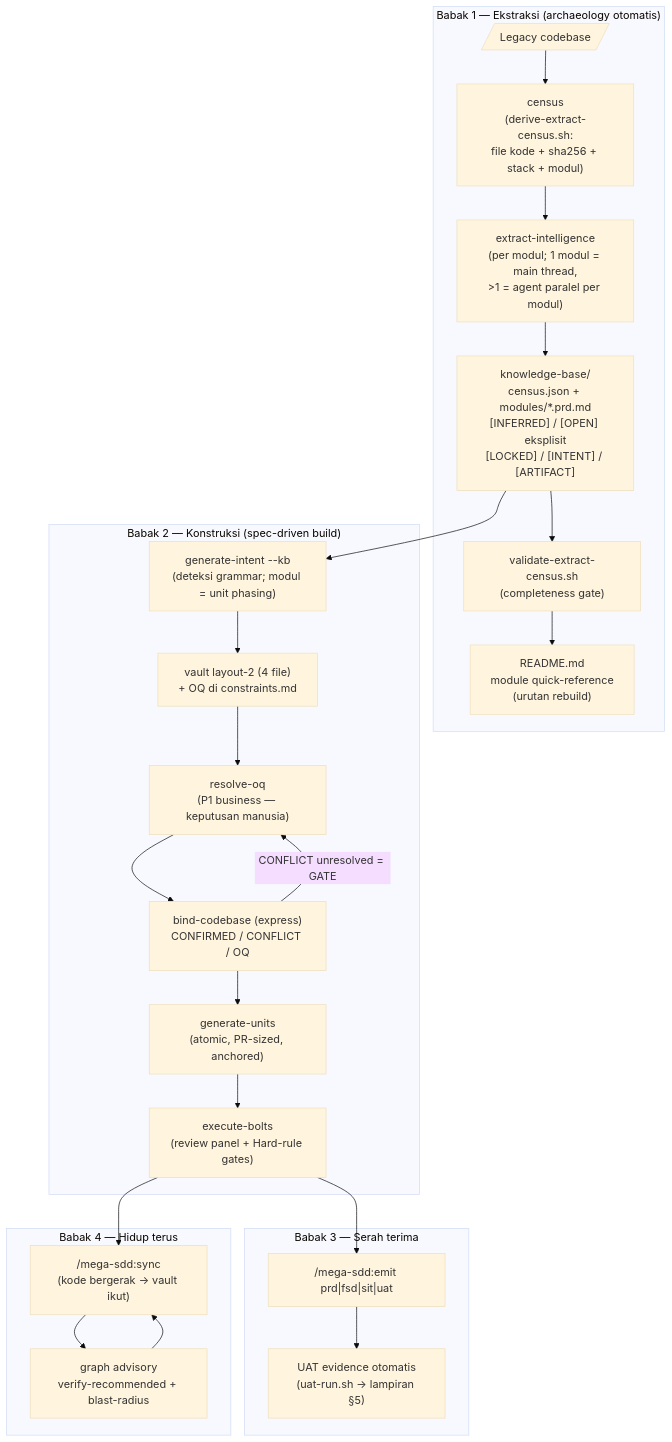
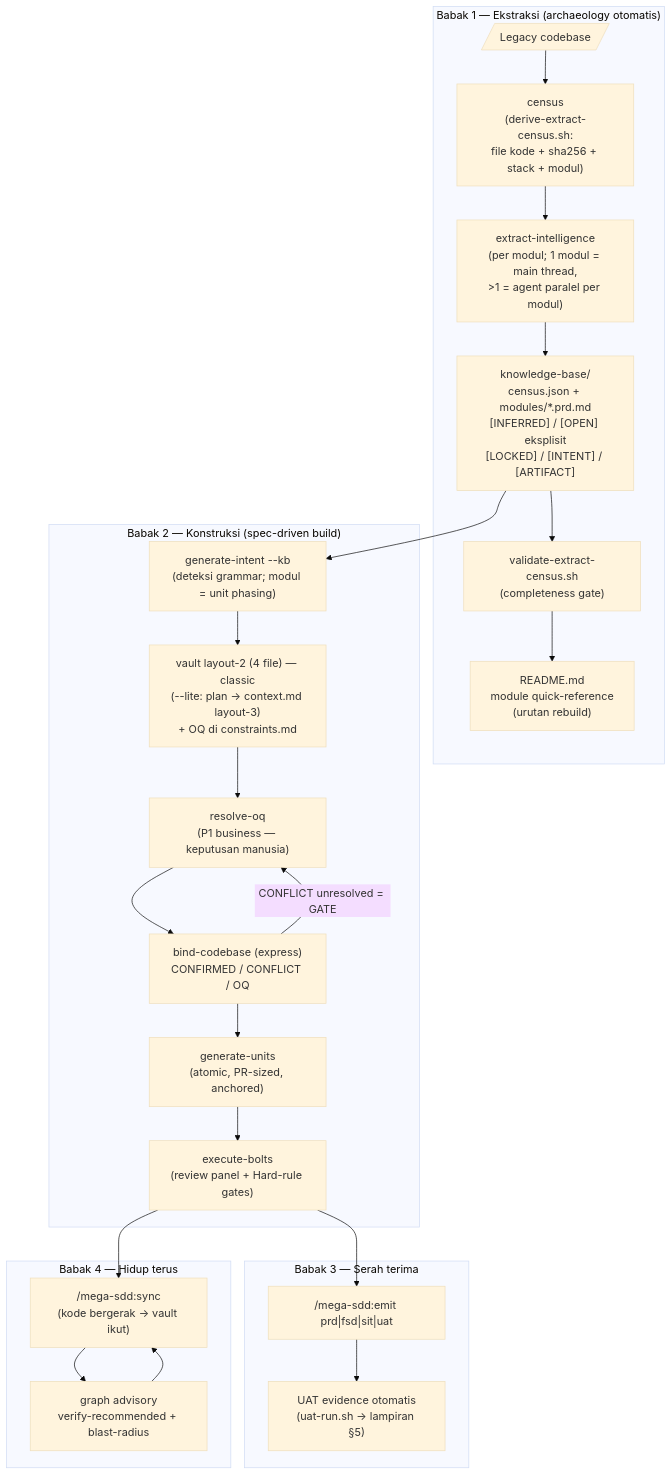
One commit to FarhanRiuzaki/Mega-SDD changed the first of 2 diagrams in docs/mega-sdd/revamp-journey.md. Above: the diagram before and after it, drawn with Mermaid (base theme). The commit also changed other lines of this file and 9 other files, not shown here.

````diff
--- a/docs/mega-sdd/revamp-journey.md
+++ b/docs/mega-sdd/revamp-journey.md
@@ -11,28 +11,28 @@
 ```mermaid
 flowchart TD
     subgraph B1["Babak 1 — Ekstraksi (archaeology otomatis)"]
         L[/"Legacy codebase"/] --> CEN["census<br/>(derive-extract-census.sh:<br/>file kode + sha256 + stack + modul)"]
         CEN --> EI["extract-intelligence<br/>(per modul; 1 modul = main thread,<br/>>1 = agent paralel per modul)"]
         EI --> KB["knowledge-base/<br/>census.json + modules/*.prd.md<br/>[INFERRED] / [OPEN] eksplisit<br/>[LOCKED] / [INTENT] / [ARTIFACT]"]
         KB --> GATE["validate-extract-census.sh<br/>(completeness gate)"]
         GATE --> PH["README.md<br/>module quick-reference<br/>(urutan rebuild)"]
     end
     subgraph B2["Babak 2 — Konstruksi (spec-driven build)"]
         KB --> GI["generate-intent --kb<br/>(deteksi grammar; modul = unit phasing)"]
-        GI --> VAULT["vault layout-2 (4 file)<br/>+ OQ di constraints.md"]
+        GI --> VAULT["vault layout-2 (4 file) — classic<br/>(--lite: plan → context.md layout-3)<br/>+ OQ di constraints.md"]
         VAULT --> ROQ["resolve-oq<br/>(P1 business — keputusan manusia)"]
         ROQ --> BIND["bind-codebase (express)<br/>CONFIRMED / CONFLICT / OQ"]
         BIND -- "CONFLICT unresolved = GATE" --> ROQ
         BIND --> GU["generate-units<br/>(atomic, PR-sized, anchored)"]
         GU --> EB["execute-bolts<br/>(review panel + Hard-rule gates)"]
     end
     subgraph B3["Babak 3 — Serah terima"]
         EB --> EMIT["/mega-sdd:emit prd|fsd|sit|uat"]
         EMIT --> EVID["UAT evidence otomatis<br/>(uat-run.sh → lampiran §5)"]
     end
     subgraph B4["Babak 4 — Hidup terus"]
         EB --> SYNC["/mega-sdd:sync<br/>(kode bergerak → vault ikut)"]
         SYNC --> GRAPH["graph advisory<br/>verify-recommended + blast-radius"]
         GRAPH --> SYNC
     end
 ```
````
